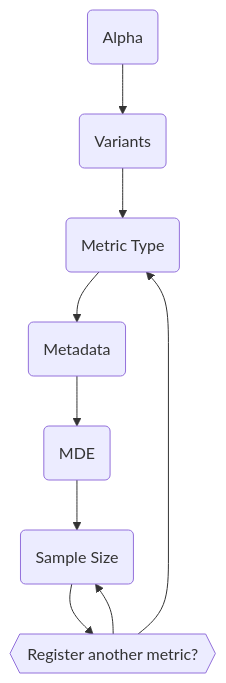
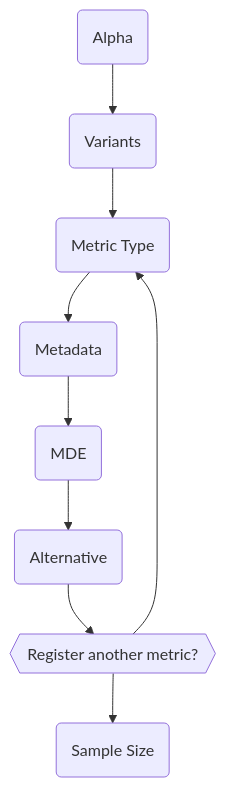
Before and after one commit to godaddy/sample-size: the diagram in README.md, drawn with Mermaid.

Commit message:
fix flowchart

````diff
--- a/README.md
+++ b/README.md
@@ -39,10 +39,10 @@
 ```mermaid
 graph TD
     A(Alpha) --> B(Variants)
     B --> C(Metric Type)
     C --> D(Metadata)
     D --> E(MDE)
     E --> G(Alternative)
     G --> F{{Register another metric?}}
-    F --> C & G(Sample Size)
+    F --> C & H(Sample Size)
 ```
````
